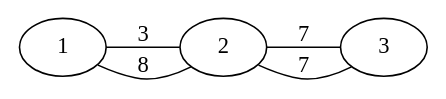
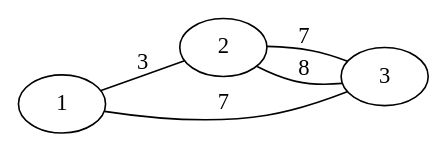
One commit to vitalfocheux/Chinese-Postman-Problem changed the diagram in ressources/semiEulerian.gv. Above: the diagram before and after it, drawn with Graphviz. The commit also changed 2 other files, not shown here.

```diff
--- a/ressources/semiEulerian.gv
+++ b/ressources/semiEulerian.gv
@@ -1,7 +1,7 @@
 graph {
     rankdir=LR
     1 -- 2 [label=3, len=3]
     2 -- 3 [label=7, len=7]
-    2 -- 3 [label=7, len=7]
-    1 -- 2 [label=8, len=8]
+    3 -- 1 [label=7, len=7]
+    2 -- 3 [label=8, len=8]
 }
```
